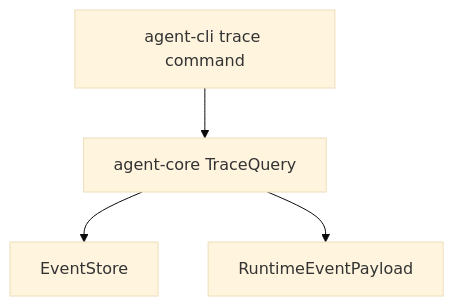
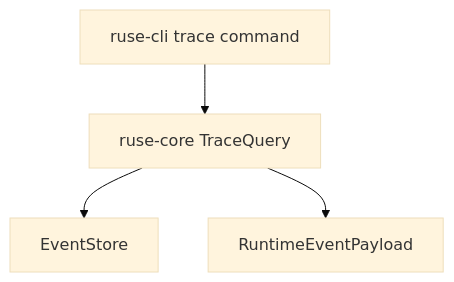
One commit to poneding/agent changed the diagram in docs/specs/M04-04-trace-commands.spec.md. Above: the diagram before and after it, drawn with Mermaid (base theme). The commit also changed other lines of this file and 2091 other files, not shown here.

First line of the commit message:
refactor: rename agent branding to ruse

````diff
--- a/docs/specs/M04-04-trace-commands.spec.md
+++ b/docs/specs/M04-04-trace-commands.spec.md
@@ -31,6 +31,6 @@
 ```mermaid
 flowchart TD
-  agent_cli["agent-cli trace command"] --> agent_core["agent-core TraceQuery"]
-  agent_core --> agent_storage["EventStore"]
-  agent_core --> agent_types["RuntimeEventPayload"]
+  ruse_cli["ruse-cli trace command"] --> ruse_core["ruse-core TraceQuery"]
+  ruse_core --> ruse_storage["EventStore"]
+  ruse_core --> ruse_types["RuntimeEventPayload"]
 ```
````
